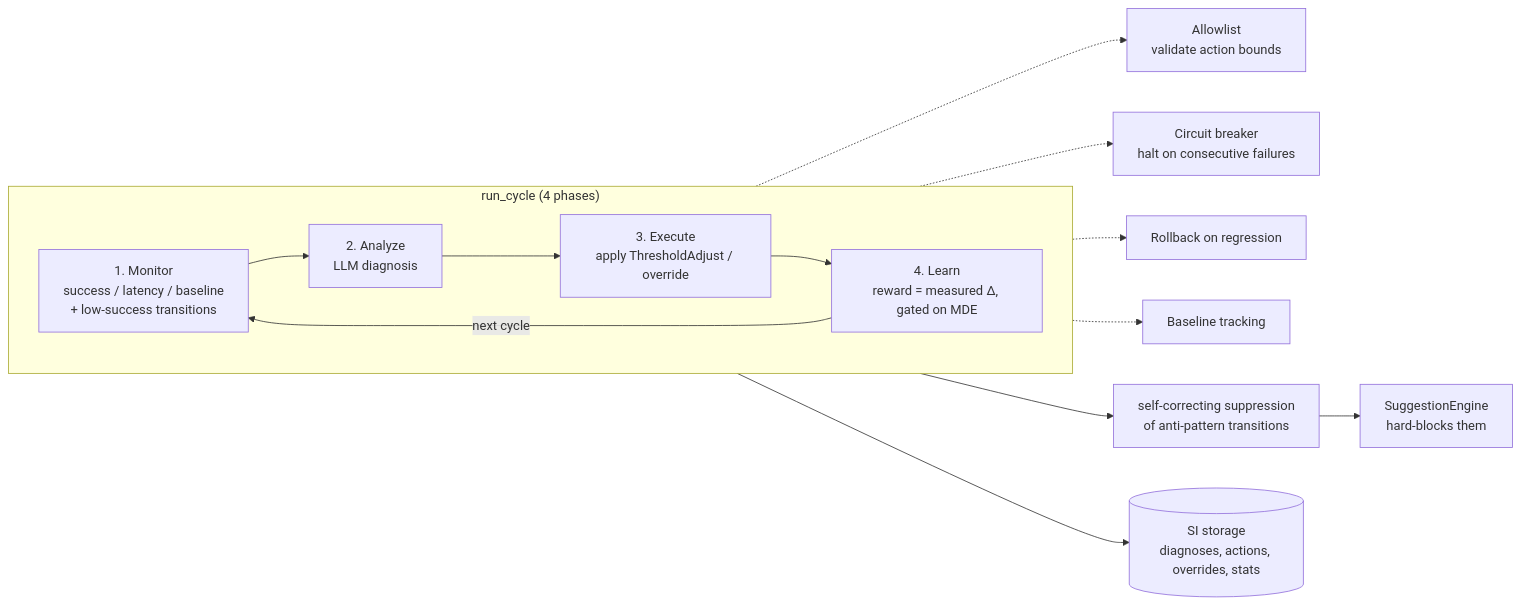
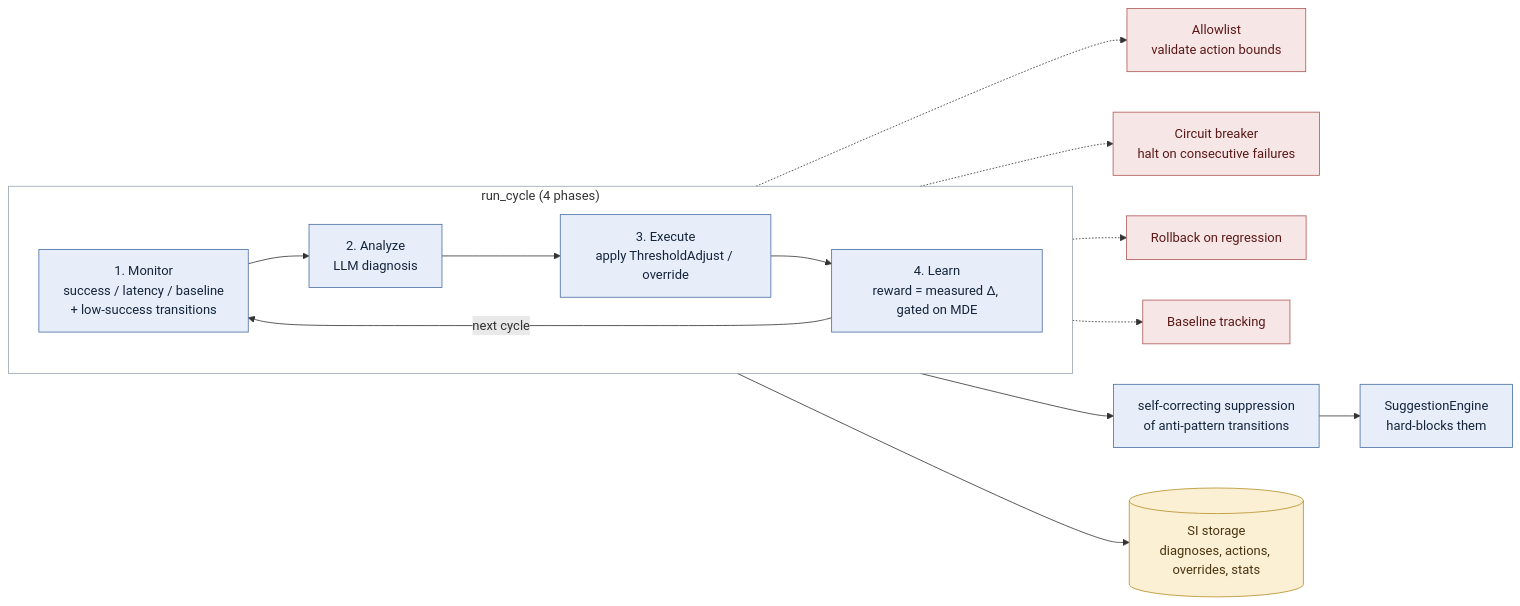
One commit to quanticsoul4772/mcp-reasoning changed the sixth of 8 diagrams in docs/reference/END_TO_END_FLOW.md. Above: the diagram before and after it, drawn with Mermaid. The commit also changed other lines of this file, not shown here.

First line of the commit message:
docs(flow): role-based color coding across the flowcharts (#181)

````diff
--- a/docs/reference/END_TO_END_FLOW.md
+++ b/docs/reference/END_TO_END_FLOW.md
@@ -199,26 +222,31 @@
 ```mermaid
 flowchart LR
     subgraph Cycle["run_cycle (4 phases)"]
         direction LR
-        Mon["1. Monitor<br/>success / latency / baseline<br/>+ low-success transitions"]
-        Ana["2. Analyze<br/>LLM diagnosis"]
-        Exe["3. Execute<br/>apply ThresholdAdjust / override"]
-        Lrn["4. Learn<br/>reward = measured Δ, gated on MDE"]
+        Mon["1. Monitor<br/>success / latency / baseline<br/>+ low-success transitions"]:::proc
+        Ana["2. Analyze<br/>LLM diagnosis"]:::proc
+        Exe["3. Execute<br/>apply ThresholdAdjust / override"]:::proc
+        Lrn["4. Learn<br/>reward = measured Δ, gated on MDE"]:::proc
         Mon --> Ana --> Exe --> Lrn
         Lrn -->|"next cycle"| Mon
     end
 
     %% Safety gates are free nodes; dotted edges exit the cycle (no cross-cluster tangle)
-    AL["Allowlist<br/>validate action bounds"]
-    CB["Circuit breaker<br/>halt on consecutive failures"]
-    RB["Rollback on regression"]
-    BL["Baseline tracking"]
+    AL["Allowlist<br/>validate action bounds"]:::guard
+    CB["Circuit breaker<br/>halt on consecutive failures"]:::guard
+    RB["Rollback on regression"]:::guard
+    BL["Baseline tracking"]:::guard
     Ana -.-> AL
     Exe -.-> CB
     Exe -.-> RB
     Lrn -.-> BL
 
-    Lrn --> Sup["self-correcting suppression<br/>of anti-pattern transitions"]
-    Sup --> SuggEng["SuggestionEngine<br/>hard-blocks them"]
-    Mon --> Store[("SI storage<br/>diagnoses, actions, overrides, stats")]
+    Lrn --> Sup["self-correcting suppression<br/>of anti-pattern transitions"]:::proc
+    Sup --> SuggEng["SuggestionEngine<br/>hard-blocks them"]:::proc
+    Mon --> Store[("SI storage<br/>diagnoses, actions, overrides, stats")]:::store
+
+    style Cycle fill:transparent,stroke:#9aa4b2,stroke-width:1px
+    classDef proc fill:#e8eef9,stroke:#4a6fa5,color:#13243b
+    classDef store fill:#fbf0d4,stroke:#b8902a,color:#4a3410
+    classDef guard fill:#f7e6e6,stroke:#b15a5a,color:#5a1818
 ```
````
